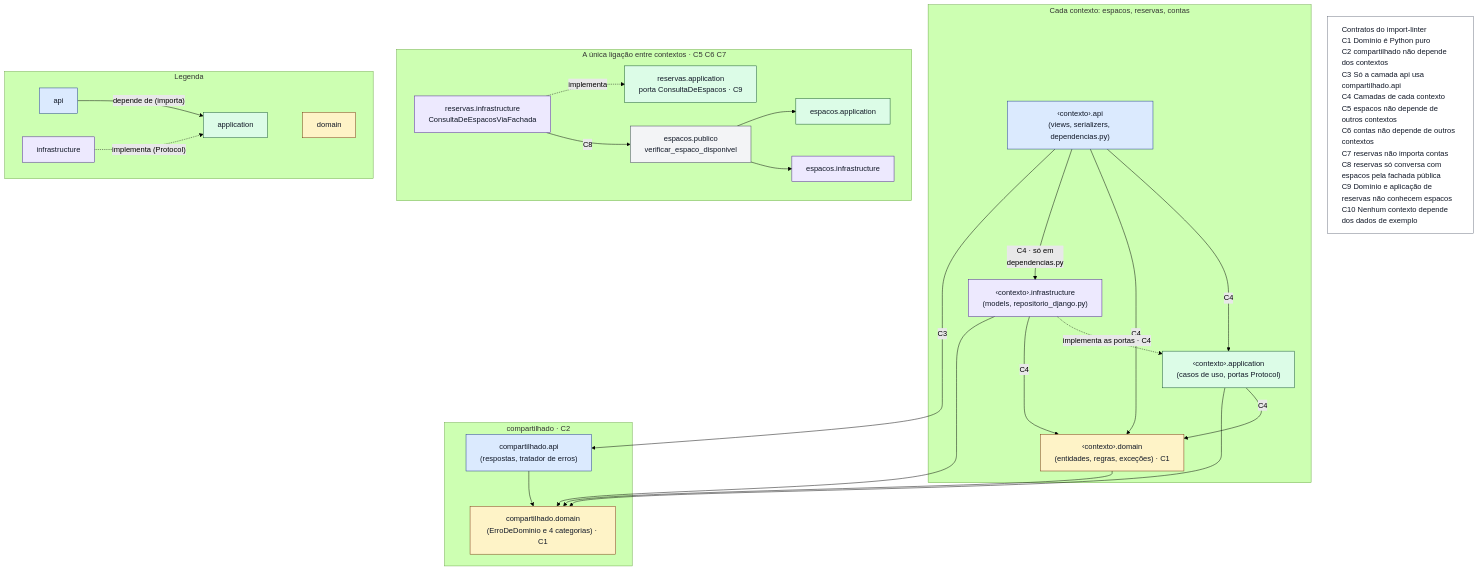
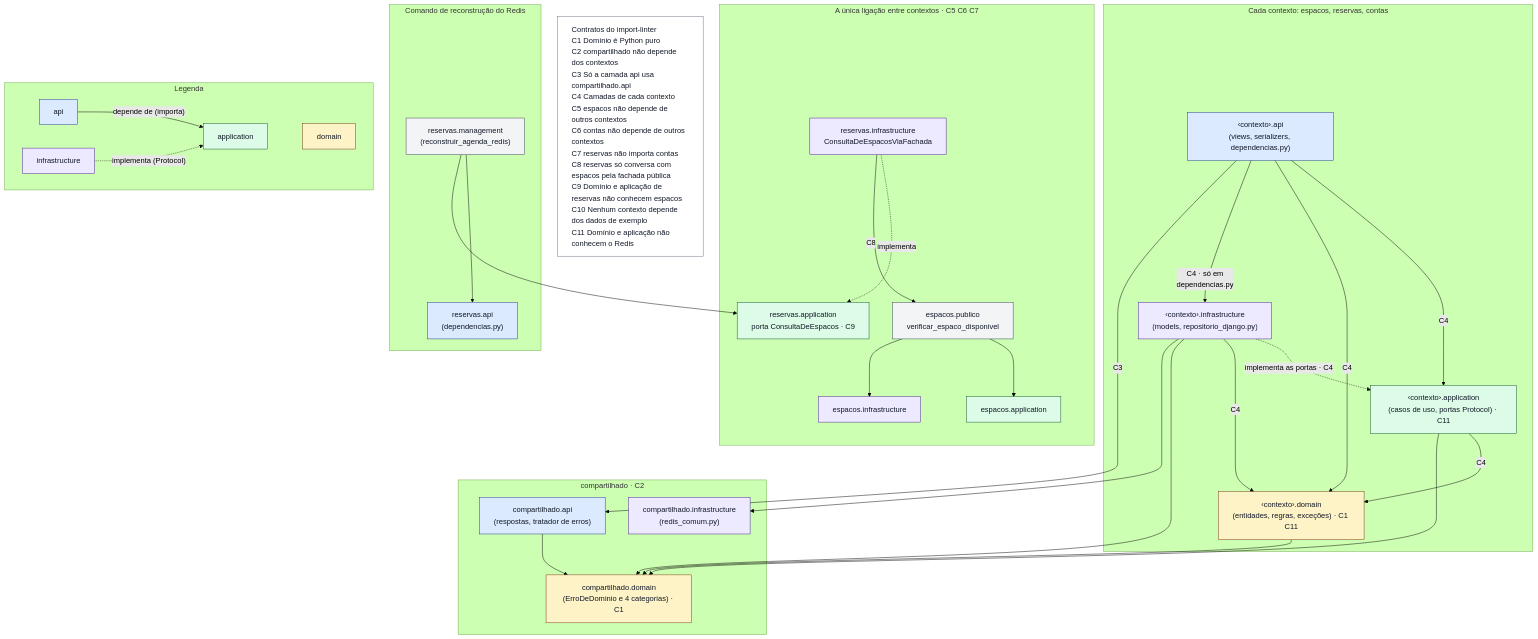
Before and after one commit to maxzdosreis/PP_Grupo03_ConectaCampus: the diagram in docs/fontes/modelagem/regras-de-dependencia.mmd, drawn with Mermaid (forest theme). The commit also changed 15 other files, not shown here.

Commit message:
docs(modelagem): documenta o Redis como projeção da agenda, do índice, do ranking e do espaço

```diff
--- a/docs/fontes/modelagem/regras-de-dependencia.mmd
+++ b/docs/fontes/modelagem/regras-de-dependencia.mmd
@@ -1,88 +1,101 @@
 %%{init: {"flowchart": {"wrappingWidth": 250}}}%%
 flowchart TB
 %% Figura 2 — Regras de dependência (DOC-01).
 %% Fonte versionada. regras-de-dependencia.svg e regras-de-dependencia.png são GERADOS a partir
 %% deste arquivo (comando no README.md desta pasta); nunca edite as imagens à mão.
 %% Os nós CTX_* valem para cada contexto da lista abaixo: uma seta entre dois CTX_* só cobre
 %% imports dentro do mesmo contexto (reservas.api → reservas.domain, nunca reservas.api → contas.domain).
 %% contextos: espacos, reservas, contas
 %% modulo: CTX_API = {ctx}.api
 %% modulo: CTX_APP = {ctx}.application
 %% modulo: CTX_DOM = {ctx}.domain
 %% modulo: CTX_INFRA = {ctx}.infrastructure
 %% modulo: COMP_API = compartilhado.api
 %% modulo: COMP_DOM = compartilhado.domain
+%% modulo: COMP_INFRA = compartilhado.infrastructure
+%% modulo: RES_API = reservas.api
+%% modulo: RES_CMD = reservas.management
 %% modulo: RES_APP = reservas.application
 %% modulo: RES_INFRA = reservas.infrastructure
 %% modulo: ESP_PUB = espacos.publico
 %% modulo: ESP_APP = espacos.application
 %% modulo: ESP_INFRA = espacos.infrastructure
 %% somente: CTX_API -> CTX_INFRA | api/dependencias.py
 %% somente: RES_INFRA -> ESP_PUB | reservas/infrastructure/consulta_de_espacos.py
 %% Contratos do import-linter (nomes exatos do src/backend/pyproject.toml) citados na nota NOTA_C:
 %% contrato: C1 = Domínio é Python puro
 %% contrato: C2 = compartilhado não depende dos contextos
 %% contrato: C3 = Só a camada api usa compartilhado.api
 %% contrato: C4 = Camadas de cada contexto
 %% contrato: C5 = espacos não depende de outros contextos
 %% contrato: C6 = contas não depende de outros contextos
 %% contrato: C7 = reservas não importa contas
 %% contrato: C8 = reservas só conversa com espacos pela fachada pública
 %% contrato: C9 = Domínio e aplicação de reservas não conhecem espacos
 %% contrato: C10 = Nenhum contexto depende dos dados de exemplo
+%% contrato: C11 = Domínio e aplicação não conhecem o Redis
 
   subgraph CTX["Cada contexto: espacos, reservas, contas"]
     CTX_API["‹contexto›.api<br/>(views, serializers, dependencias.py)"]:::api
     CTX_INFRA["‹contexto›.infrastructure<br/>(models, repositorio_django.py)"]:::infrastructure
-    CTX_APP["‹contexto›.application<br/>(casos de uso, portas Protocol)"]:::application
-    CTX_DOM["‹contexto›.domain<br/>(entidades, regras, exceções) · C1"]:::domain
+    CTX_APP["‹contexto›.application<br/>(casos de uso, portas Protocol) · C11"]:::application
+    CTX_DOM["‹contexto›.domain<br/>(entidades, regras, exceções) · C1 C11"]:::domain
   end
 
   subgraph COMP["compartilhado · C2"]
     COMP_API["compartilhado.api<br/>(respostas, tratador de erros)"]:::api
     COMP_DOM["compartilhado.domain<br/>(ErroDeDominio e 4 categorias) · C1"]:::domain
+    COMP_INFRA["compartilhado.infrastructure<br/>(redis_comum.py)"]:::infrastructure
   end
 
   subgraph LIGA["A única ligação entre contextos · C5 C6 C7"]
     RES_INFRA["reservas.infrastructure<br/>ConsultaDeEspacosViaFachada"]:::infrastructure
     RES_APP["reservas.application<br/>porta ConsultaDeEspacos · C9"]:::application
     ESP_PUB["espacos.publico<br/>verificar_espaco_disponivel"]:::outro
     ESP_APP["espacos.application"]:::application
     ESP_INFRA["espacos.infrastructure"]:::infrastructure
   end
 
   CTX_API -->|"C4"| CTX_APP
   CTX_API -->|"C4"| CTX_DOM
   CTX_API -->|"C4 · só em<br/>dependencias.py"| CTX_INFRA
   CTX_APP -->|"C4"| CTX_DOM
   CTX_INFRA -.->|"implementa as portas · C4"| CTX_APP
   CTX_INFRA -->|"C4"| CTX_DOM
   CTX_API -->|"C3"| COMP_API
   CTX_APP --> COMP_DOM
   CTX_INFRA --> COMP_DOM
+  CTX_INFRA --> COMP_INFRA
+  RES_CMD --> RES_API
+  RES_CMD --> RES_APP
   CTX_DOM --> COMP_DOM
   COMP_API --> COMP_DOM
+
+  subgraph CMD["Comando de reconstrução do Redis"]
+    RES_CMD["reservas.management<br/>(reconstruir_agenda_redis)"]:::outro
+    RES_API["reservas.api<br/>(dependencias.py)"]:::api
+  end
 
   RES_INFRA -.->|"implementa"| RES_APP
   RES_INFRA -->|"C8"| ESP_PUB
   ESP_PUB --> ESP_APP
   ESP_PUB --> ESP_INFRA
 
-  NOTA_C["Contratos do import-linter<br/>C1 Domínio é Python puro<br/>C2 compartilhado não depende dos contextos<br/>C3 Só a camada api usa compartilhado.api<br/>C4 Camadas de cada contexto<br/>C5 espacos não depende de outros contextos<br/>C6 contas não depende de outros contextos<br/>C7 reservas não importa contas<br/>C8 reservas só conversa com espacos pela fachada pública<br/>C9 Domínio e aplicação de reservas não conhecem espacos<br/>C10 Nenhum contexto depende dos dados de exemplo"]:::nota
+  NOTA_C["Contratos do import-linter<br/>C1 Domínio é Python puro<br/>C2 compartilhado não depende dos contextos<br/>C3 Só a camada api usa compartilhado.api<br/>C4 Camadas de cada contexto<br/>C5 espacos não depende de outros contextos<br/>C6 contas não depende de outros contextos<br/>C7 reservas não importa contas<br/>C8 reservas só conversa com espacos pela fachada pública<br/>C9 Domínio e aplicação de reservas não conhecem espacos<br/>C10 Nenhum contexto depende dos dados de exemplo<br/>C11 Domínio e aplicação não conhecem o Redis"]:::nota
 
   subgraph LEGENDA["Legenda"]
     LEG_A["api"]:::api
     LEG_B["application"]:::application
     LEG_C["domain"]:::domain
     LEG_D["infrastructure"]:::infrastructure
   end
   LEG_A -->|"depende de (importa)"| LEG_B
   LEG_D -.->|"implementa (Protocol)"| LEG_B
   LEG_B ~~~ LEG_C
 
   classDef api fill:#dbeafe,stroke:#1e3a8a,color:#111827
   classDef application fill:#dcfce7,stroke:#14532d,color:#111827
   classDef domain fill:#fef3c7,stroke:#78350f,color:#111827
   classDef infrastructure fill:#ede9fe,stroke:#4c1d95,color:#111827
   classDef outro fill:#f3f4f6,stroke:#374151,color:#111827
   classDef nota fill:#ffffff,stroke:#6b7280,color:#111827,text-align:left
```
